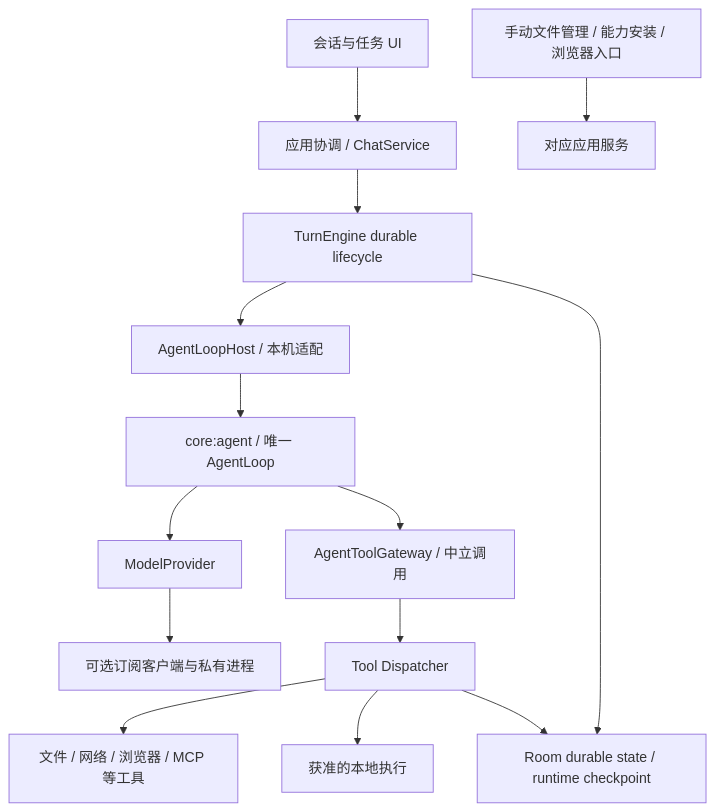
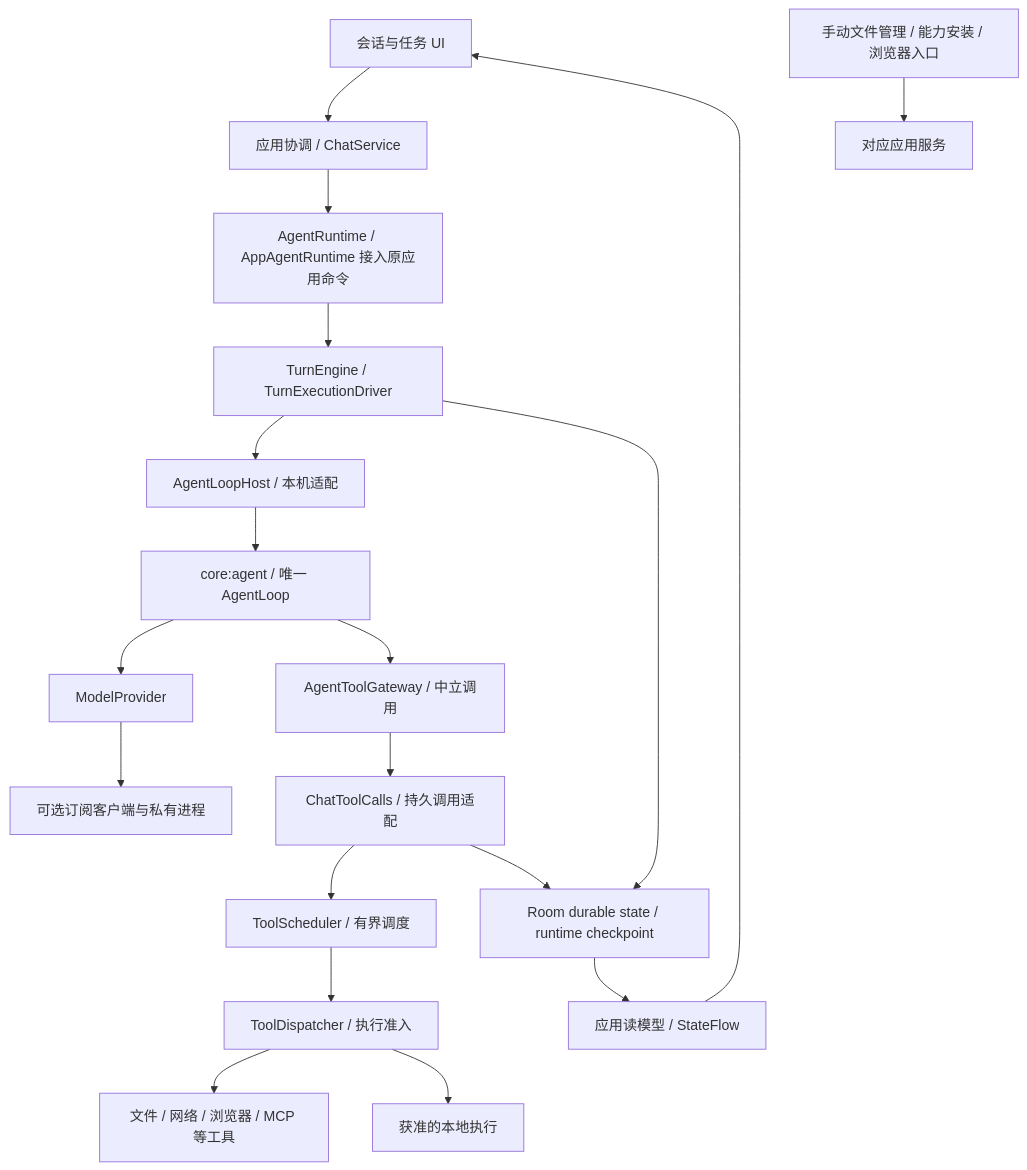
Before and after one commit to dollarser/helix-agent: the diagram in docs/architecture/overview.md, drawn with Mermaid. The commit also changed other lines of this file and 29 other files, not shown here.

Commit message:
docs(architecture): align plugin plans and execution boundaries

````diff
--- a/docs/architecture/overview.md
+++ b/docs/architecture/overview.md
@@ -16,16 +18,21 @@
 ```mermaid
 flowchart TD
   UI[会话与任务 UI] --> Coordinator[应用协调 / ChatService]
-  Coordinator --> Engine[TurnEngine durable lifecycle]
+  Coordinator --> Entry[AgentRuntime / AppAgentRuntime 接入原应用命令]
+  Entry --> Engine[TurnEngine / TurnExecutionDriver]
   Engine --> Host[AgentLoopHost / 本机适配]
   Host --> Loop[core:agent / 唯一 AgentLoop]
   Engine --> State[Room durable state / runtime checkpoint]
   Loop --> Provider[ModelProvider]
   Loop --> Gateway[AgentToolGateway / 中立调用]
-  Gateway --> Dispatcher[Tool Dispatcher]
+  Gateway --> Adapter[ChatToolCalls / 持久调用适配]
+  Adapter --> Scheduler[ToolScheduler / 有界调度]
+  Scheduler --> Dispatcher[ToolDispatcher / 执行准入]
   Dispatcher --> Tools[文件 / 网络 / 浏览器 / MCP 等工具]
   Dispatcher --> Runtime[获准的本地执行]
   Manual[手动文件管理 / 能力安装 / 浏览器入口] --> Services[对应应用服务]
-  Dispatcher --> State
+  Adapter --> State
+  State --> Projection[应用读模型 / StateFlow]
+  Projection --> UI
   Provider --> Subscription[可选订阅客户端与私有进程]
 ```
````
